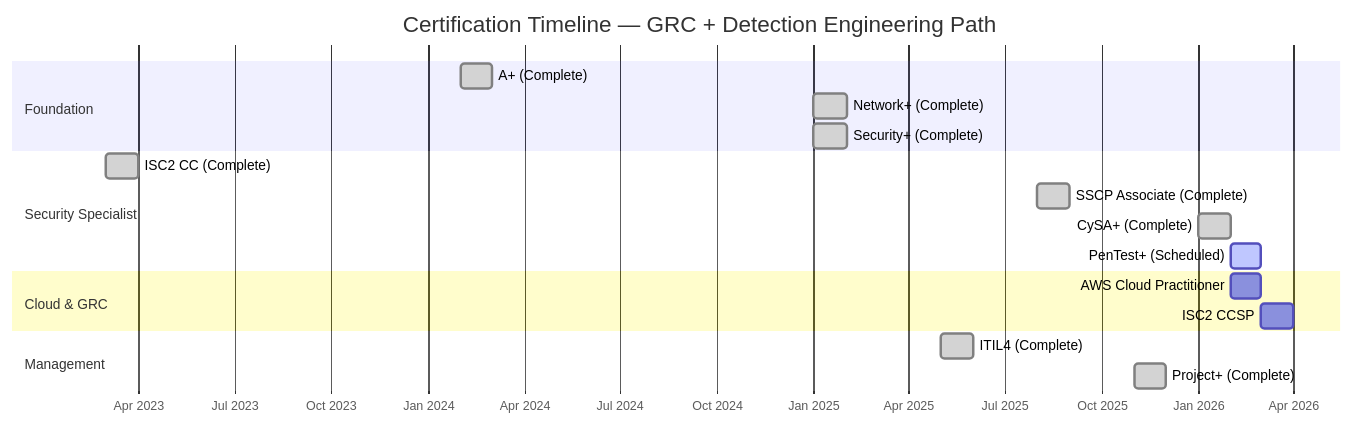
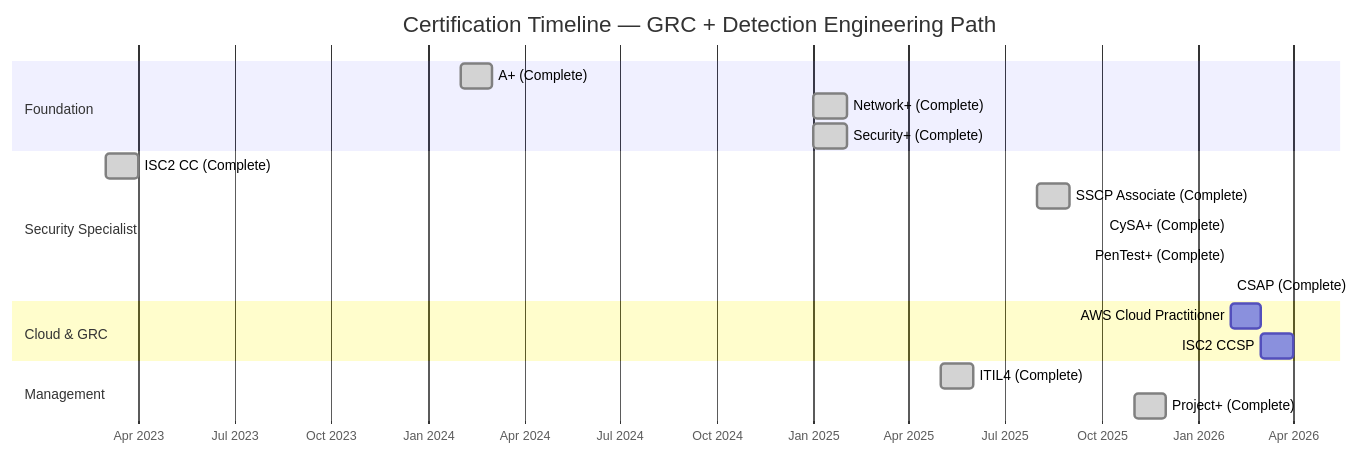
The diagram in docs/certifications.md (Pharns/portfolio), drawn with Mermaid before and after one commit. The commit also changed other lines of this file and 2 other files, not shown here.

First line of the commit message:
feat: update Open Graph metadata and add CSAP certification

````diff
--- a/docs/certifications.md
+++ b/docs/certifications.md
@@ -16,25 +16,26 @@
 ```mermaid
 gantt
     title Certification Timeline — GRC + Detection Engineering Path
     dateFormat YYYY-MM
     axisFormat %b %Y
 
     section Foundation
     A+ (Complete)           :done, 2024-02, 2024-03
     Network+ (Complete)     :done, 2025-01, 2025-02
     Security+ (Complete)    :done, 2025-01, 2025-02
 
     section Security Specialist
     ISC2 CC (Complete)      :done, 2023-03, 2023-04
     SSCP Associate (Complete) :done, 2025-08, 2025-09
-    CySA+ (Complete)        :done, 2026-01, 2026-02
-    PenTest+ (Scheduled)    :active, 2026-02, 2026-03
+    CySA+ (Complete)        :done, 2026-02, 2026-02
+    PenTest+ (Complete)     :done, 2026-02, 2026-02
+    CSAP (Complete)         :done, 2026-02, 2026-02
 
     section Cloud & GRC
     AWS Cloud Practitioner  :2026-02, 2026-03
     ISC2 CCSP              :2026-03, 2026-04
 
     section Management
     ITIL4 (Complete)        :done, 2025-05, 2025-06
     Project+ (Complete)     :done, 2025-11, 2025-12
 ```
````
